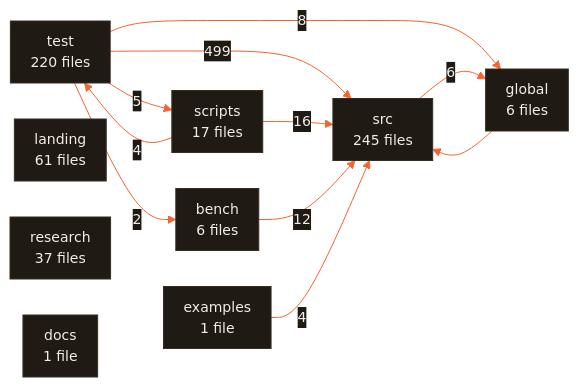
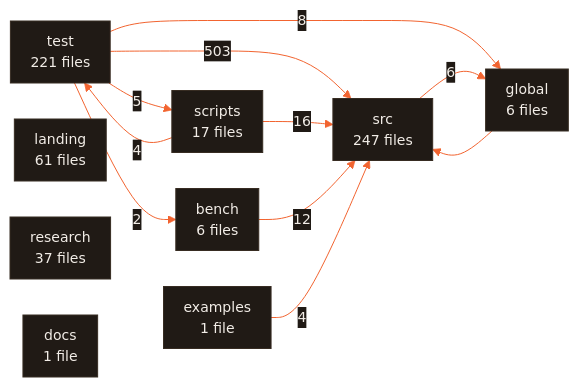
One commit to CodeWithJuber/forgekit changed the diagram in ARCHITECTURE.md. Above: the diagram before and after it, drawn with Mermaid. The commit also changed 17 other files, not shown here.

````diff
--- a/ARCHITECTURE.md
+++ b/ARCHITECTURE.md
@@ -680,23 +680,23 @@
 ```mermaid
 %%{init: {'theme':'base','themeVariables':{'primaryColor':'#201a15','primaryTextColor':'#f2ede7','primaryBorderColor':'#372c22','lineColor':'#f26430','secondaryColor':'#272019','tertiaryColor':'#171310','edgeLabelBackground':'#201a15','clusterBkg':'#171310','clusterBorder':'#4a3b2e','fontFamily':'ui-sans-serif, system-ui, sans-serif','fontSize':'14px'},'flowchart':{'curve':'basis','padding':10,'nodeSpacing':36,'rankSpacing':44}}}%%
 flowchart LR
-  src["src<br/>245 files"]
-  test["test<br/>220 files"]
+  src["src<br/>247 files"]
+  test["test<br/>221 files"]
   landing["landing<br/>61 files"]
   research["research<br/>37 files"]
   scripts["scripts<br/>17 files"]
   bench["bench<br/>6 files"]
   global["global<br/>6 files"]
   docs["docs<br/>1 file"]
   examples["examples<br/>1 file"]
-  test -- 499 --> src
+  test -- 503 --> src
   scripts -- 16 --> src
   bench -- 12 --> src
   test -- 8 --> global
   src -- 6 --> global
   test -- 5 --> scripts
   examples -- 4 --> src
   scripts -- 4 --> test
   test -- 2 --> bench
   global --> src
 ```
````
